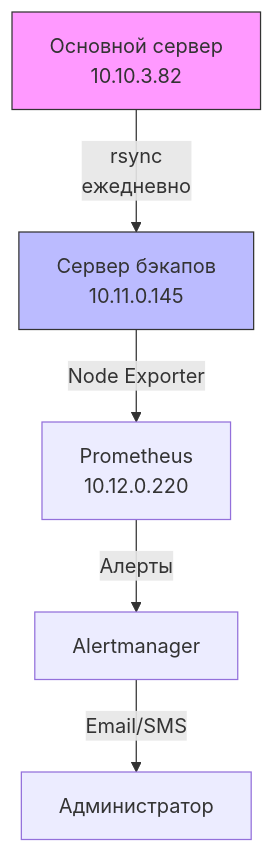
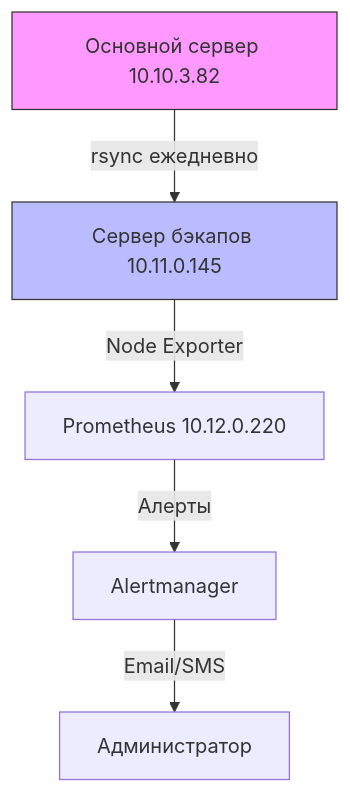
One commit to Zarinec/devops-vpn-project changed the diagram in docs/BACKUP_GUIDE.md. Above: the diagram before and after it, drawn with Mermaid.

````diff
--- a/docs/BACKUP_GUIDE.md
+++ b/docs/BACKUP_GUIDE.md
@@ -38,9 +38,9 @@
 ```mermaid
 graph TD
-  A[Основной сервер\n10.10.3.82] -->|rsync\nежедневно| B[Сервер бэкапов\n10.11.0.145]
-  B -->|Node Exporter| C[Prometheus\n10.12.0.220]
+  A[Основной сервер 10.10.3.82] -->|rsync ежедневно| B[Сервер бэкапов 10.11.0.145]
+  B -->|Node Exporter| C[Prometheus 10.12.0.220]
   C -->|Алерты| D[Alertmanager]
   D -->|Email/SMS| E[Администратор]
   style A fill:#f9f,stroke:#333
   style B fill:#bbf,stroke:#333
 ```
````
